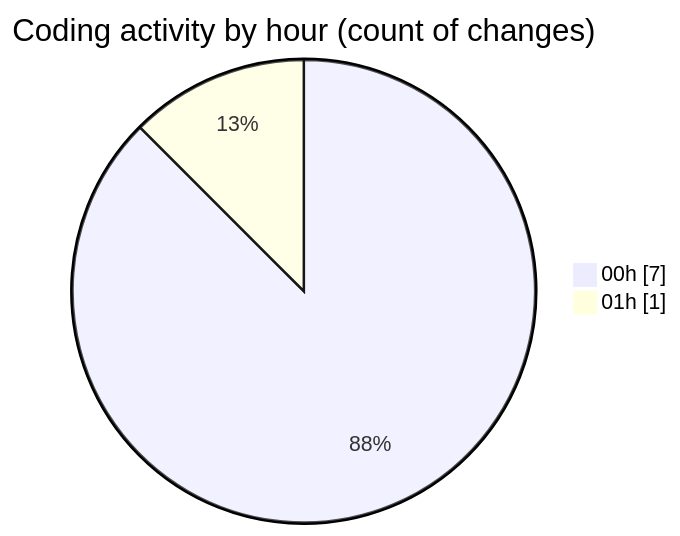
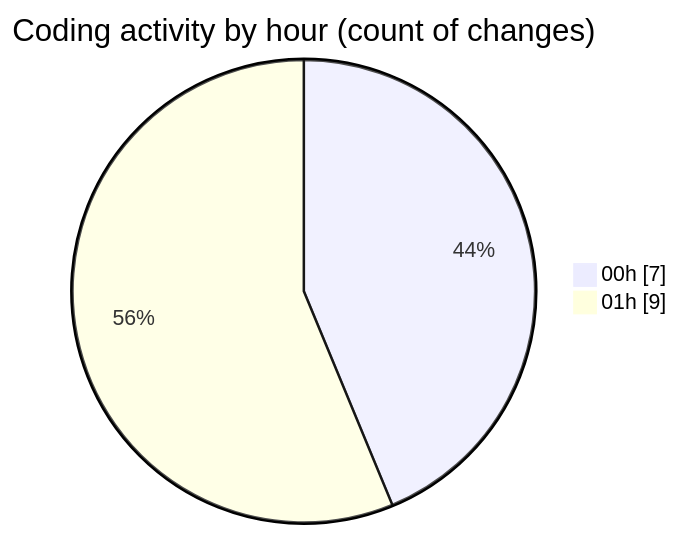
One commit to charlie-sans/code-tracking changed the second of 2 diagrams in 2025-02-23/micros/README.md. Above: the diagram before and after it, drawn with Mermaid. The commit also changed other lines of this file and 1 other file, not shown here.

````diff
--- a/2025-02-23/micros/README.md
+++ b/2025-02-23/micros/README.md
@@ -30,6 +32,6 @@
 ```mermaid
 pie showData
 title Coding activity by hour (count of changes)
 "00h" : 7
-"01h" : 1
+"01h" : 9
 ```
````
